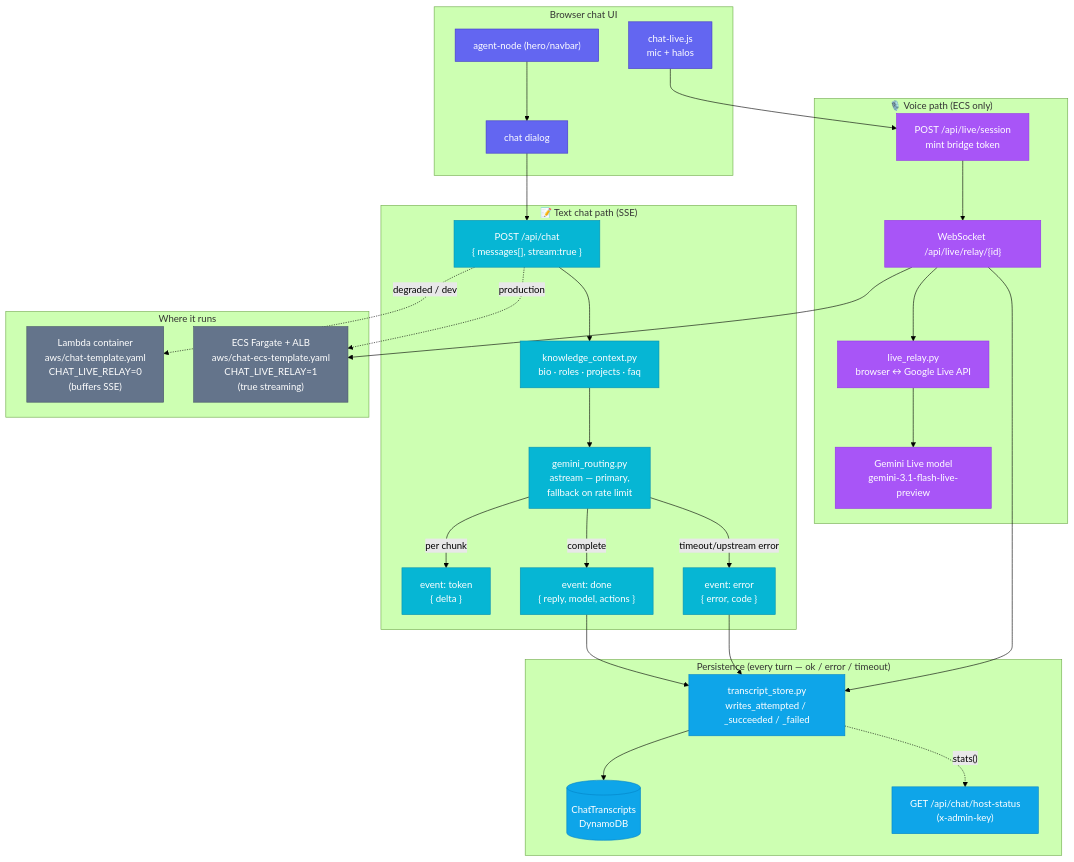
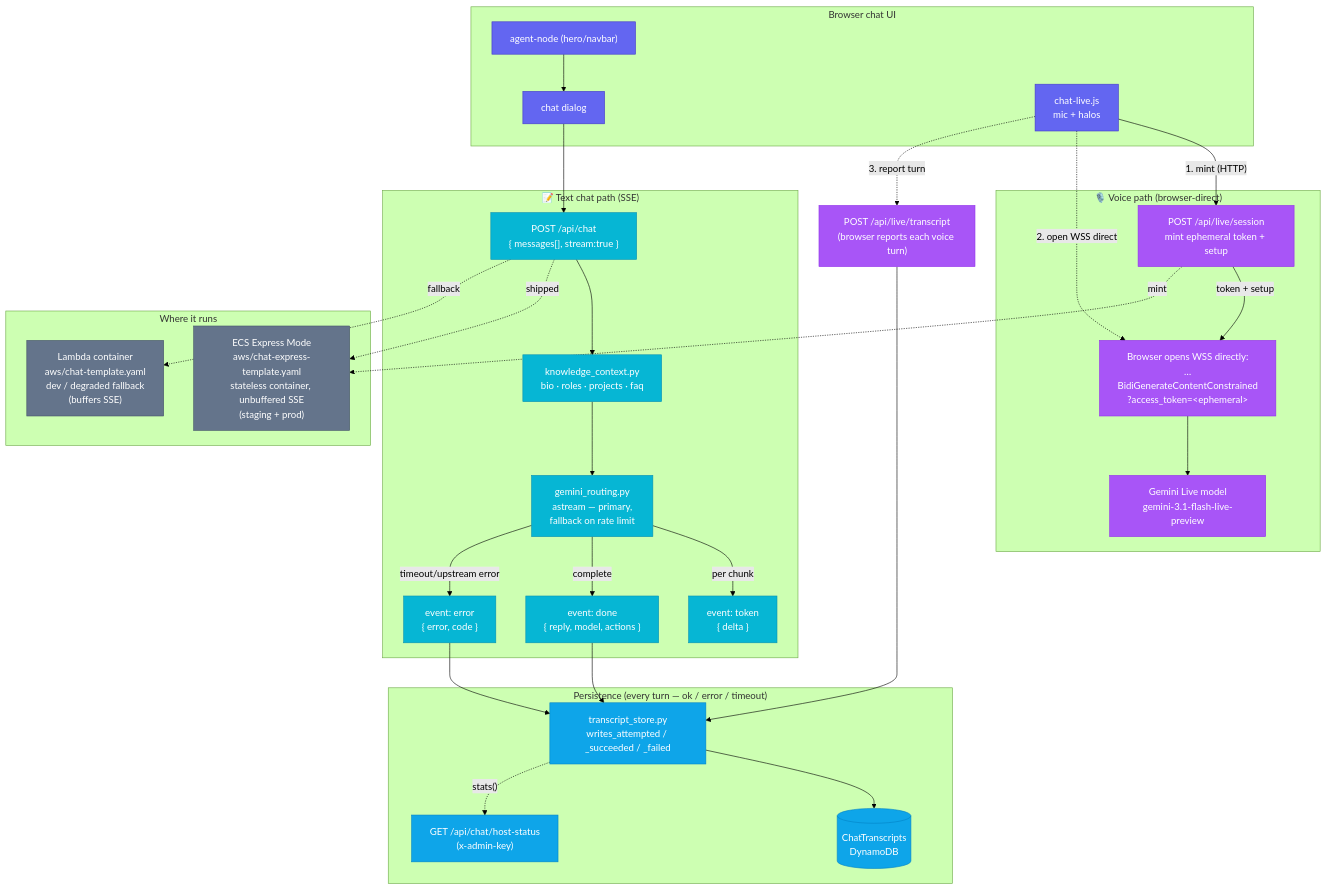
One commit to geda0/gvp changed the fifth of 7 diagrams in docs/architecture.md. Above: the diagram before and after it, drawn with Mermaid (forest theme). The commit also changed other lines of this file and 3 other files, not shown here.

First line of the commit message:
chore(chat): retire dead ECS+ALB/relay machinery from deploy script + reconcile voice docs

````diff
--- a/docs/architecture.md
+++ b/docs/architecture.md
@@ -352,66 +349,68 @@
 ```mermaid
 flowchart TB
     subgraph FE["Browser chat UI"]
         HERO["agent-node (hero/navbar)"]
         DIALOG["chat dialog"]
         VOICE["chat-live.js<br/>mic + halos"]
     end
 
     subgraph TextPath["📝 Text chat path (SSE)"]
         POST["POST /api/chat<br/>{ messages[], stream:true }"]
         ROUTE["gemini_routing.py<br/>astream — primary,<br/>fallback on rate limit"]
         KC["knowledge_context.py<br/>bio · roles · projects · faq"]
         EV_TOK["event: token<br/>{ delta }"]
         EV_DONE["event: done<br/>{ reply, model, actions }"]
         EV_ERR["event: error<br/>{ error, code }"]
     end
 
-    subgraph VoicePath["🎙️ Voice path (ECS only)"]
-        SESS["POST /api/live/session<br/>mint bridge token"]
-        WS["WebSocket /api/live/relay/{id}"]
-        RELAY["live_relay.py<br/>browser ↔ Google Live API"]
+    subgraph VoicePath["🎙️ Voice path (browser-direct)"]
+        SESS["POST /api/live/session<br/>mint ephemeral token + setup"]
+        WS["Browser opens WSS directly:<br/>…BidiGenerateContentConstrained<br/>?access_token=&lt;ephemeral&gt;"]
         LIVE["Gemini Live model<br/>gemini-3.1-flash-live-preview"]
     end
 
     subgraph Store["Persistence (every turn — ok / error / timeout)"]
         TS["transcript_store.py<br/>writes_attempted / _succeeded / _failed"]
         TBL[("ChatTranscripts<br/>DynamoDB")]
         HOST["GET /api/chat/host-status<br/>(x-admin-key)"]
     end
 
     HERO --> DIALOG
     DIALOG --> POST
-    VOICE --> SESS --> WS
+    VOICE -->|"1. mint (HTTP)"| SESS
+    SESS -->|"token + setup"| WS
+    VOICE -.->|"2. open WSS direct"| WS
 
     POST --> KC --> ROUTE
     ROUTE -->|"per chunk"| EV_TOK
     ROUTE -->|"complete"| EV_DONE
     ROUTE -->|"timeout/upstream error"| EV_ERR
-    WS --> RELAY --> LIVE
+    WS --> LIVE
 
     EV_DONE --> TS --> TBL
     EV_ERR --> TS
-    WS --> TS
+    VTRN["POST /api/live/transcript<br/>(browser reports each voice turn)"] --> TS
+    VOICE -.->|"3. report turn"| VTRN
     TS -.->|"stats()"| HOST
 
     subgraph Hosts["Where it runs"]
-        LAMBDA["Lambda container<br/>aws/chat-template.yaml<br/>CHAT_LIVE_RELAY=0<br/>(buffers SSE)"]
-        FARGATE["ECS Fargate + ALB<br/>aws/chat-ecs-template.yaml<br/>CHAT_LIVE_RELAY=1<br/>(true streaming)"]
+        FARGATE["ECS Express Mode<br/>aws/chat-express-template.yaml<br/>stateless container, unbuffered SSE<br/>(staging + prod)"]
+        LAMBDA["Lambda container<br/>aws/chat-template.yaml<br/>dev / degraded fallback<br/>(buffers SSE)"]
     end
 
-    POST -.->|"production"| FARGATE
-    WS --> FARGATE
-    POST -.->|"degraded / dev"| LAMBDA
+    POST -.->|"shipped"| FARGATE
+    SESS -.->|"mint"| FARGATE
+    POST -.->|"fallback"| LAMBDA
 
     classDef fe fill:#6366F1,stroke:#4338CA,color:#fff
     classDef text fill:#06B6D4,stroke:#0891B2,color:#fff
     classDef voice fill:#A855F7,stroke:#9333EA,color:#fff
     classDef store fill:#0EA5E9,stroke:#0284C7,color:#fff
     classDef host fill:#64748B,stroke:#475569,color:#fff
 
     class HERO,DIALOG,VOICE fe
     class POST,ROUTE,KC,EV_TOK,EV_DONE,EV_ERR text
-    class SESS,WS,RELAY,LIVE voice
+    class SESS,WS,LIVE,VTRN voice
     class TS,TBL,HOST store
     class LAMBDA,FARGATE host
 ```
````
